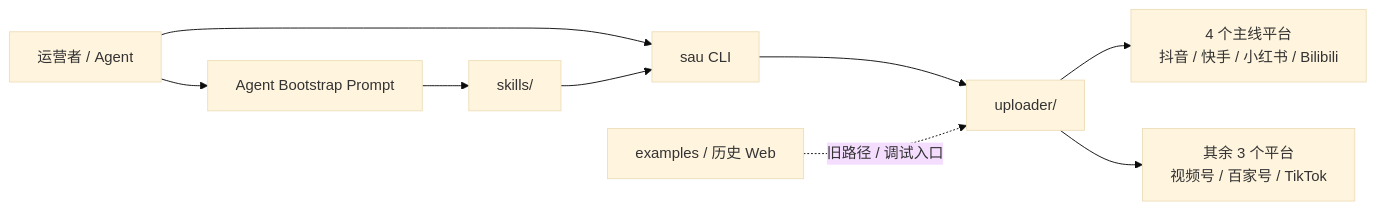
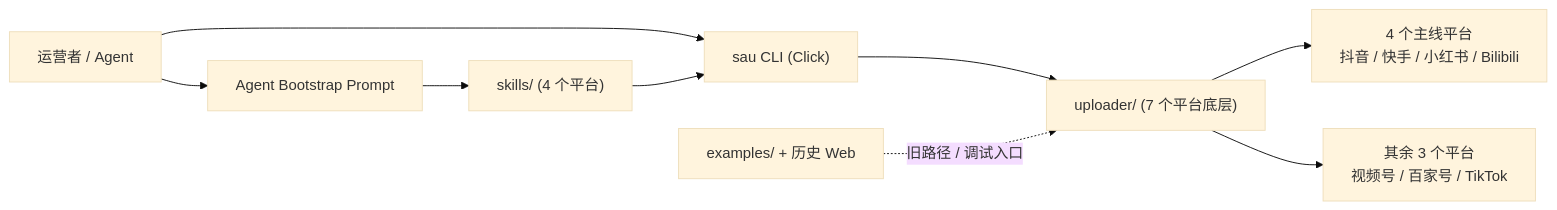
The diagram in content/posts/tech/dreammis-social-auto-upload-multi-platform-guide.md (A1pha3/text-matrix), drawn with Mermaid (base theme) before and after one commit. The commit also changed other lines of this file and 2 other files, not shown here.

````diff
--- a/content/posts/tech/dreammis-social-auto-upload-multi-platform-guide.md
+++ b/content/posts/tech/dreammis-social-auto-upload-multi-platform-guide.md
@@ -22,11 +31,11 @@
 ```mermaid
 flowchart LR
   User[运营者 / Agent] --> Bootstrap[Agent Bootstrap Prompt]
-  User --> CLI[sau CLI]
-  Bootstrap --> Skills[skills/]
+  User --> CLI["sau CLI (Click)"]
+  Bootstrap --> Skills["skills/ (4 个平台)"]
   Skills --> CLI
-  CLI --> Uploader[uploader/]
-  Uploader --> Core4[4 个主线平台<br/>抖音 / 快手 / 小红书 / Bilibili]
-  Uploader --> Other3[其余 3 个平台<br/>视频号 / 百家号 / TikTok]
-  Legacy[examples / 历史 Web] -. 旧路径 / 调试入口 .-> Uploader
+  CLI --> Uploader["uploader/ (7 个平台底层)"]
+  Uploader --> Core4["4 个主线平台<br/>抖音 / 快手 / 小红书 / Bilibili"]
+  Uploader --> Other3["其余 3 个平台<br/>视频号 / 百家号 / TikTok"]
+  Legacy["examples/ + 历史 Web"] -. 旧路径 / 调试入口 .-> Uploader
 ```
````
